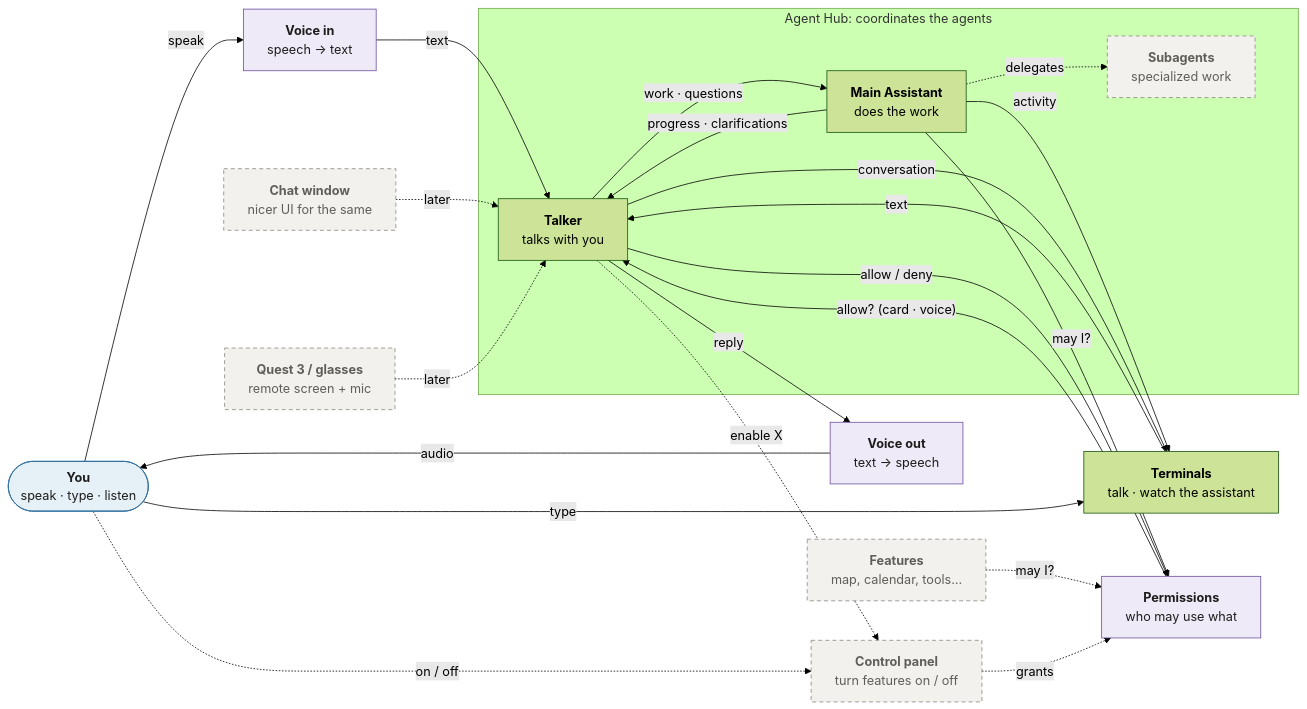
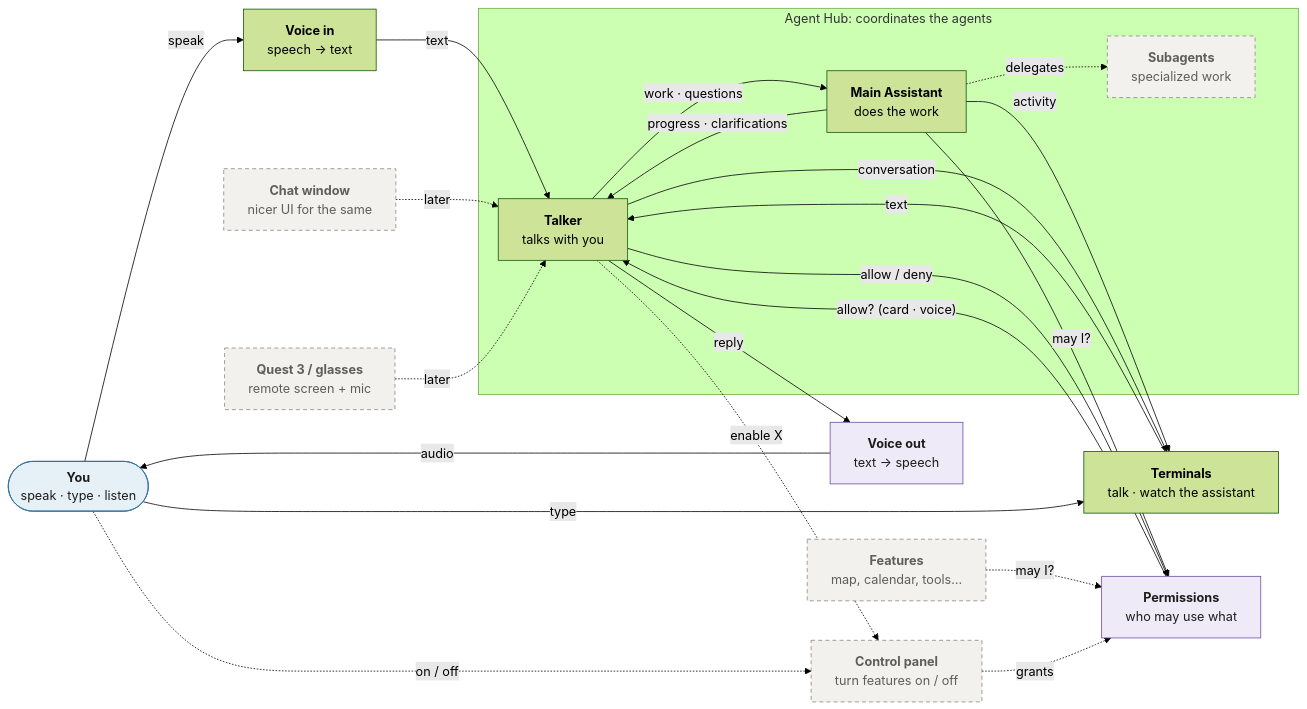
The diagram in docs/architecture/README.md (sharramon/AI_Assistant), drawn with Mermaid (forest theme) before and after one commit. The commit also changed other lines of this file and 33 other files, not shown here.

````diff
--- a/docs/architecture/README.md
+++ b/docs/architecture/README.md
@@ -9,47 +9,47 @@
 ```mermaid
 flowchart LR
     You(["<b>You</b><br/>speak · type · listen"])
     VoiceIn["<b>Voice in</b><br/>speech → text"]
     Term["<b>Terminals</b><br/>talk · watch the assistant"]
     Window["<b>Chat window</b><br/>nicer UI for the same"]
     VoiceOut["<b>Voice out</b><br/>text → speech"]
     Quest["<b>Quest 3 / glasses</b><br/>remote screen + mic"]
     Control["<b>Control panel</b><br/>turn features on / off"]
     Perms["<b>Permissions</b><br/>who may use what"]
     Features["<b>Features</b><br/>map, calendar, tools…"]
 
     subgraph Hub["Agent Hub: coordinates the agents"]
         Talker["<b>Talker</b><br/>talks with you"]
         Main["<b>Main Assistant</b><br/>does the work"]
         Subs["<b>Subagents</b><br/>specialized work"]
         Talker -- work · questions --> Main
         Main -- progress · clarifications --> Talker
         Main -. delegates .-> Subs
     end
 
     You -- speak --> VoiceIn
     You -- type --> Term
     VoiceIn -- text --> Talker
     Term -- text --> Talker
     Talker -- reply --> VoiceOut
     VoiceOut -- audio --> You
     Main -- activity --> Term
     Talker -- conversation --> Term
     Window -. later .-> Talker
     Quest -. later .-> Talker
     You -. on / off .-> Control
     Talker -. "enable X" .-> Control
     Main -- "may I?" --> Perms
     Features -. "may I?" .-> Perms
     Perms -- "allow? (card · voice)" --> Talker
     Talker -- "allow / deny" --> Perms
     Control -. grants .-> Perms
 
     classDef planned fill:#efeaf7,stroke:#6b4fa0,color:#1d1d1b
     classDef person fill:#e6f0f7,stroke:#2f6f9f,color:#1d1d1b
     classDef later fill:#f2f1ee,stroke:#8a877c,stroke-dasharray:5 4,color:#5f5e58
-    class VoiceIn,VoiceOut,Perms planned
+    class VoiceOut,Perms planned
     class Features later
     class You person
     class Window,Quest,Subs,Control later
 ```
````
